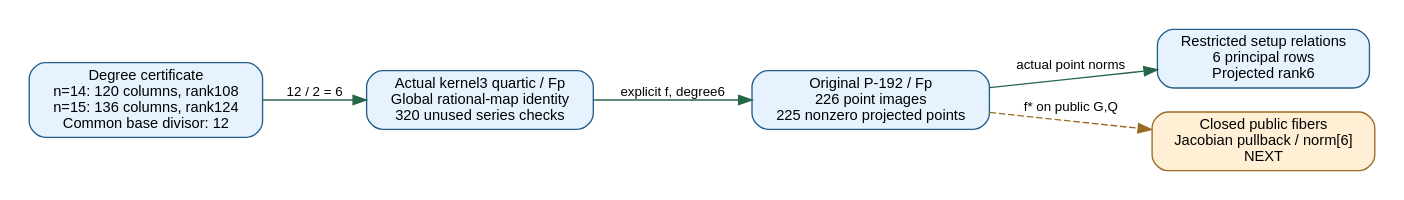
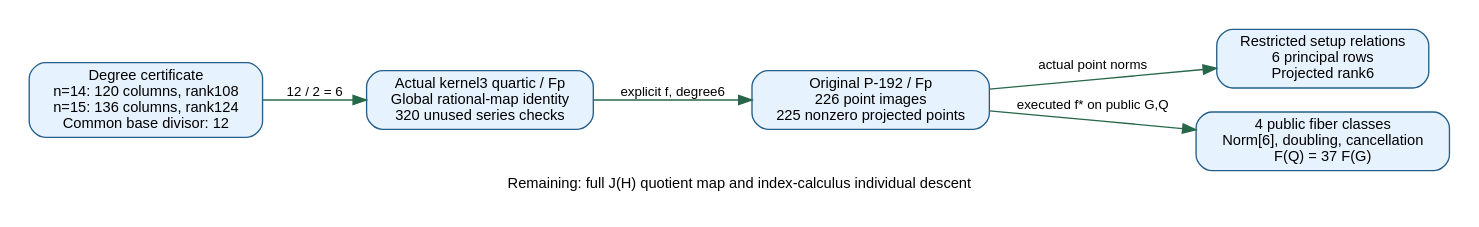
The diagram in research/nist_cover_three_tests_20261116/figures/backmap.dot (isogeny-labs/crypto), drawn with Graphviz before and after one commit. The commit also changed 27 other files, not shown here.

Commit message:
Document executed public Jacobian transfer and retain structural controls

```diff
--- a/research/nist_cover_three_tests_20261116/figures/backmap.dot
+++ b/research/nist_cover_three_tests_20261116/figures/backmap.dot
@@ -1,14 +1,15 @@
 digraph backmap {
   graph [rankdir=LR,bgcolor="white",pad=0.2,ranksep=0.4];
   node [shape=box,style="rounded,filled",fontname="Helvetica",fontsize=11,fillcolor="#e7f2ff",color="#235e8a"];
   edge [fontname="Helvetica",fontsize=10,color="#276749"];
+  graph [label="Remaining: full J(H) quotient map and index-calculus individual descent",labelloc=b,fontname="Helvetica",fontsize=11];
   quartic [label="Actual kernel3 quartic / Fp\nGlobal rational-map identity\n320 unused series checks"];
   degree [label="Degree certificate\nn=14: 120 columns, rank108\nn=15: 136 columns, rank124\nCommon base divisor: 12"];
   elliptic [label="Original P-192 / Fp\n226 point images\n225 nonzero projected points"];
   rows [label="Restricted setup relations\n6 principal rows\nProjected rank6"];
-  pull [label="Closed public fibers\nJacobian pullback / norm[6]\nNEXT",fillcolor="#fff0d5",color="#9b6a24"];
+  pull [label="4 public fiber classes\nNorm[6], doubling, cancellation\nF(Q) = 37 F(G)"];
   quartic -> elliptic [label="explicit f, degree6"];
   degree -> quartic [label="12 / 2 = 6"];
   elliptic -> rows [label="actual point norms"];
-  elliptic -> pull [label="f* on public G,Q",style=dashed,color="#9b6a24"];
+  elliptic -> pull [label="executed f* on public G,Q"];
 }
```
